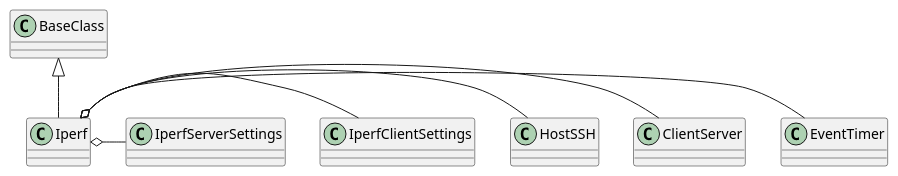
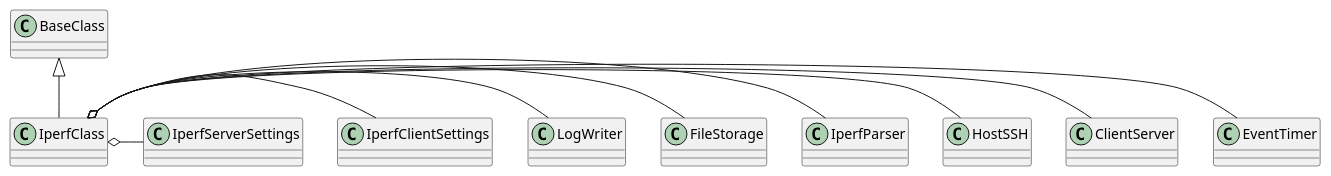
One commit to russell-n/thetuna changed the first of 2 diagrams in tuna/commands/iperf/iperf.rst. Above: the diagram before and after it, drawn with PlantUML. The commit also changed other lines of this file and 15 other files, not shown here.

```diff
--- a/tuna/commands/iperf/iperf.rst
+++ b/tuna/commands/iperf/iperf.rst
@@ -34,8 +39,11 @@
 .. uml::
 
-   BaseClass <|-- Iperf
-   Iperf o- EventTimer
-   Iperf o- ClientServer
-   Iperf o- HostSSH
-   Iperf o- IperfClientSettings
-   Iperf o- IperfServerSettings
+   BaseClass <|-- IperfClass
+   IperfClass o- EventTimer
+   IperfClass o- ClientServer
+   IperfClass o- HostSSH
+   IperfClass o- IperfParser
+   IperfClass o- FileStorage
+   IperfClass o- LogWriter
+   IperfClass o- IperfClientSettings
+   IperfClass o- IperfServerSettings
```
